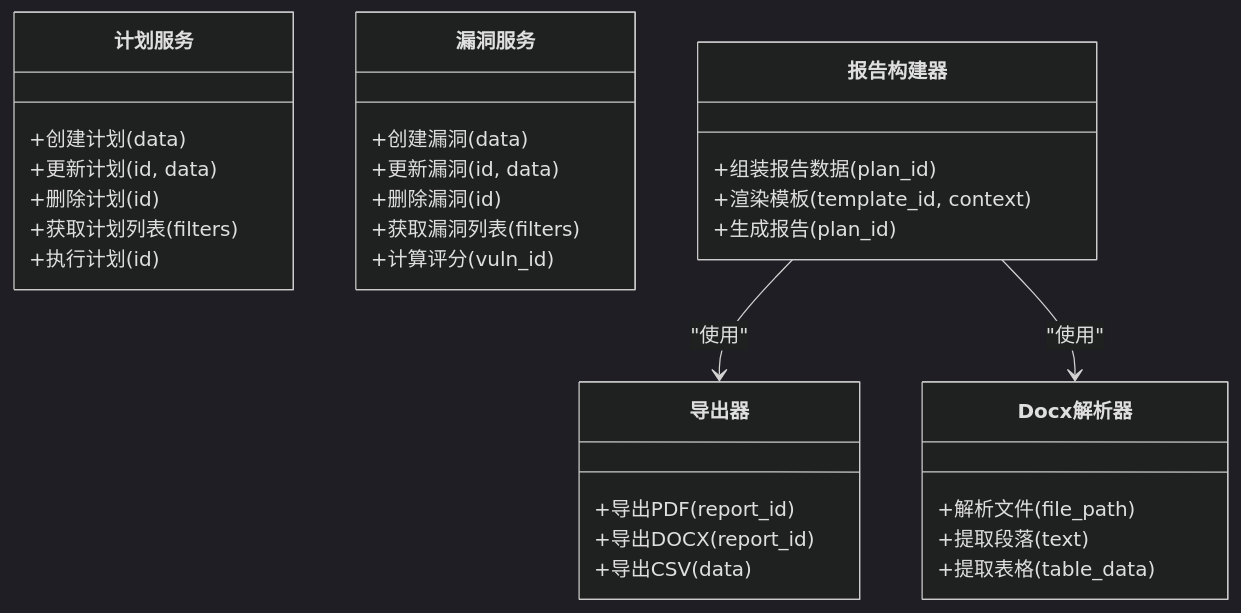
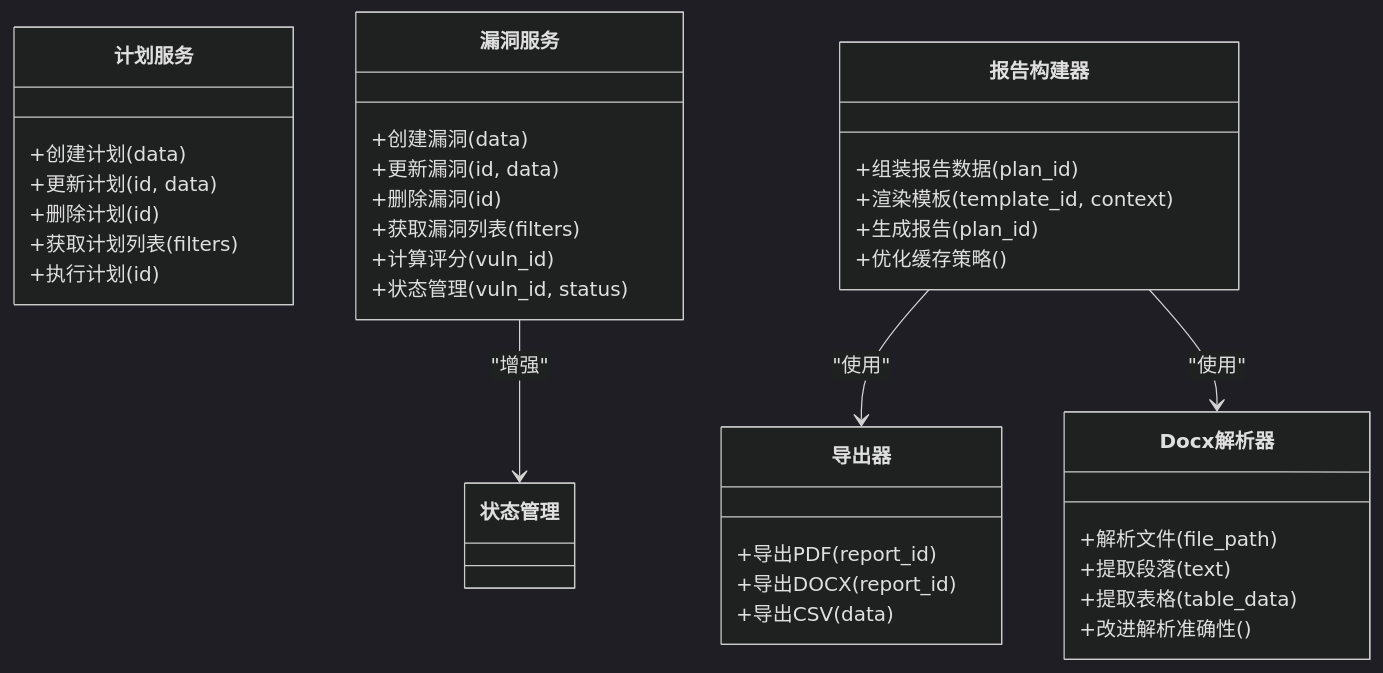
Before and after one commit to vu1Art1st/talos: the fifth of 9 diagrams in .qoder/repowiki/zh/content/系统架构/后端架构/后端架构.md, drawn with Mermaid (dark theme). The commit also changed other lines of this file and 129 other files, not shown here.

````diff
--- a/.qoder/repowiki/zh/content/系统架构/后端架构/后端架构.md
+++ b/.qoder/repowiki/zh/content/系统架构/后端架构/后端架构.md
@@ -284,34 +293,38 @@
 ```mermaid
 classDiagram
 class 计划服务 {
 +创建计划(data)
 +更新计划(id, data)
 +删除计划(id)
 +获取计划列表(filters)
 +执行计划(id)
 }
 class 漏洞服务 {
 +创建漏洞(data)
 +更新漏洞(id, data)
 +删除漏洞(id)
 +获取漏洞列表(filters)
 +计算评分(vuln_id)
++状态管理(vuln_id, status)
 }
 class 报告构建器 {
 +组装报告数据(plan_id)
 +渲染模板(template_id, context)
 +生成报告(plan_id)
++优化缓存策略()
 }
 class 导出器 {
 +导出PDF(report_id)
 +导出DOCX(report_id)
 +导出CSV(data)
 }
 class Docx解析器 {
 +解析文件(file_path)
 +提取段落(text)
 +提取表格(table_data)
++改进解析准确性()
 }
 报告构建器 --> 导出器 : "使用"
 报告构建器 --> Docx解析器 : "使用"
+漏洞服务 --> 状态管理 : "增强"
 ```
````
